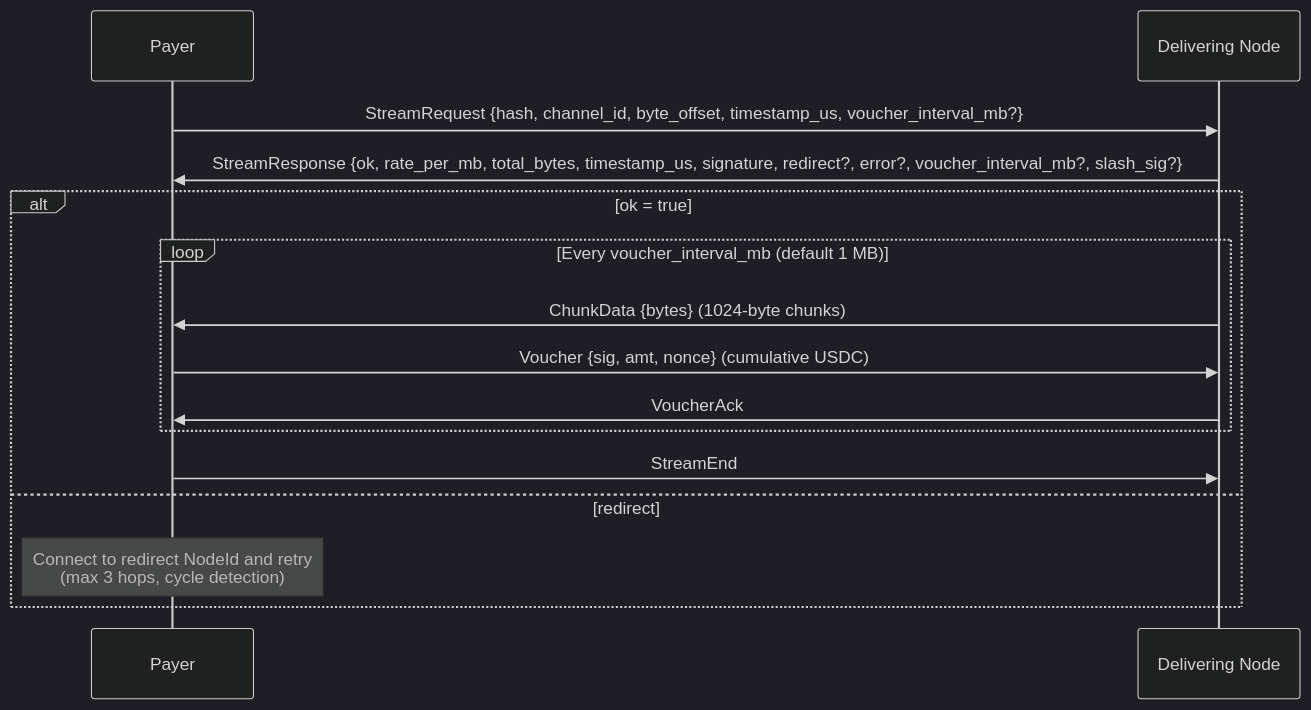
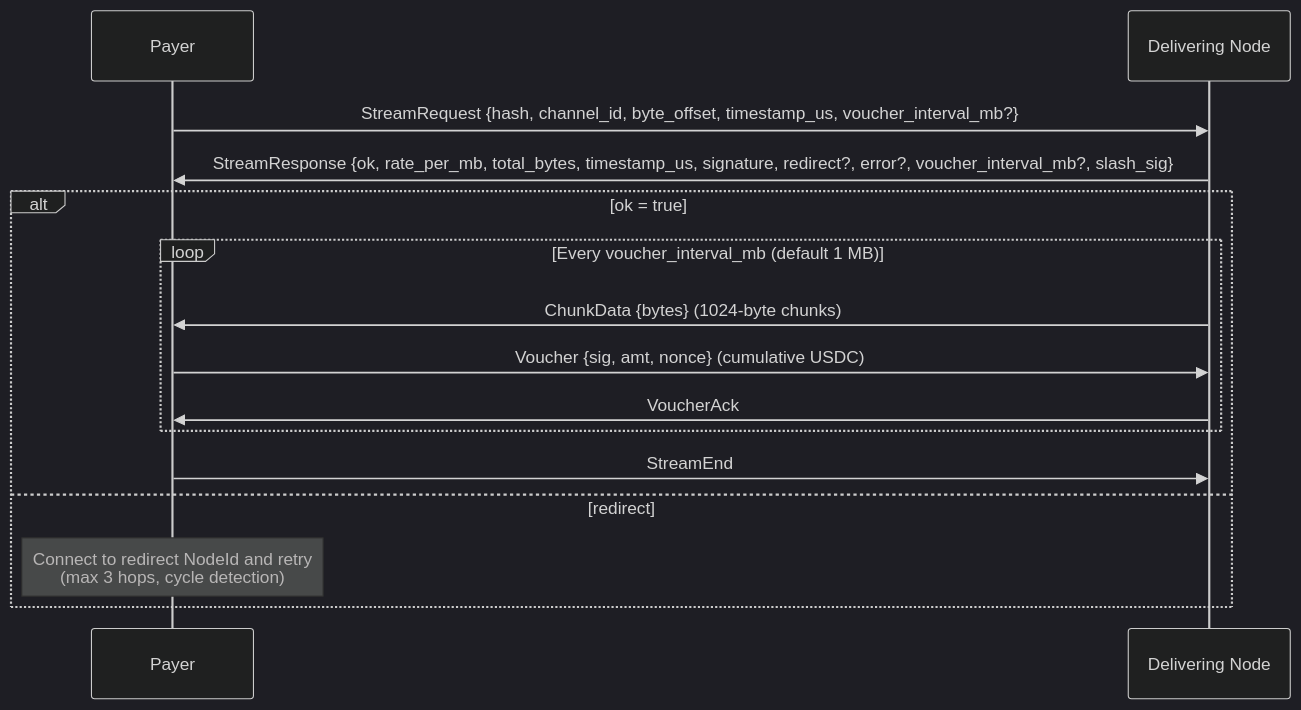
One commit to decdn/decdn changed the second of 4 diagrams in adr/005-protocol.md. Above: the diagram before and after it, drawn with Mermaid (dark theme). The commit also changed other lines of this file and 13 other files, not shown here.

````diff
--- a/adr/005-protocol.md
+++ b/adr/005-protocol.md
@@ -117,19 +119,19 @@
 ```mermaid
 sequenceDiagram
     participant P as Payer
     participant D as Delivering Node
 
     P->>D: StreamRequest {hash, channel_id, byte_offset, timestamp_us, voucher_interval_mb?}
-    D->>P: StreamResponse {ok, rate_per_mb, total_bytes, timestamp_us, signature, redirect?, error?, voucher_interval_mb?, slash_sig?}
+    D->>P: StreamResponse {ok, rate_per_mb, total_bytes, timestamp_us, signature, redirect?, error?, voucher_interval_mb?, slash_sig}
 
     alt ok = true
         loop Every voucher_interval_mb (default 1 MB)
             D->>P: ChunkData {bytes} (1024-byte chunks)
             P->>D: Voucher {sig, amt, nonce} (cumulative USDC)
             D->>P: VoucherAck
         end
         P->>D: StreamEnd
     else redirect
         Note over P: Connect to redirect NodeId and retry<br/>(max 3 hops, cycle detection)
     end
 ```
````
